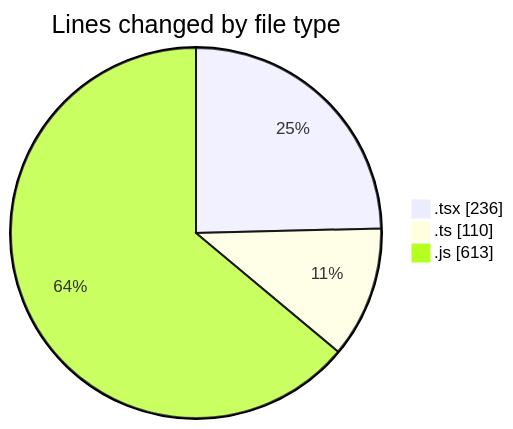
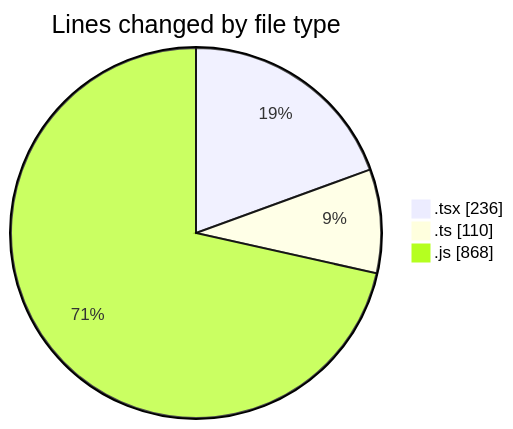
The first of 2 diagrams in 2025-03-24/cda/README.md (momahboobian/code-tracking), drawn with Mermaid before and after one commit. The commit also changed other lines of this file and 1 other file, not shown here.

````diff
--- a/2025-03-24/cda/README.md
+++ b/2025-03-24/cda/README.md
@@ -26,7 +27,7 @@
 ```mermaid
 pie showData
 title Lines changed by file type
 ".tsx" : 236
 ".ts" : 110
-".js" : 613
+".js" : 868
 ```
````
